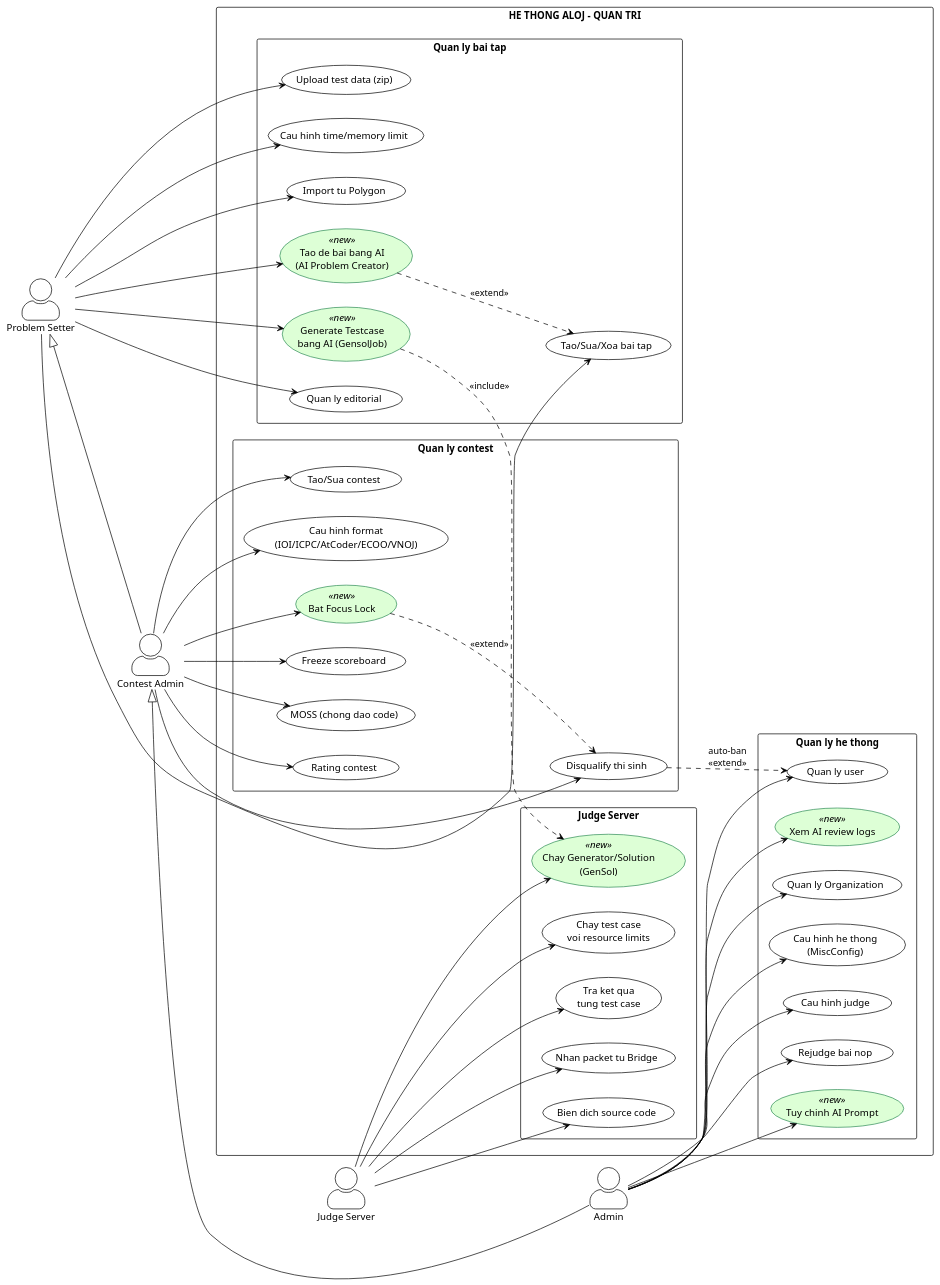
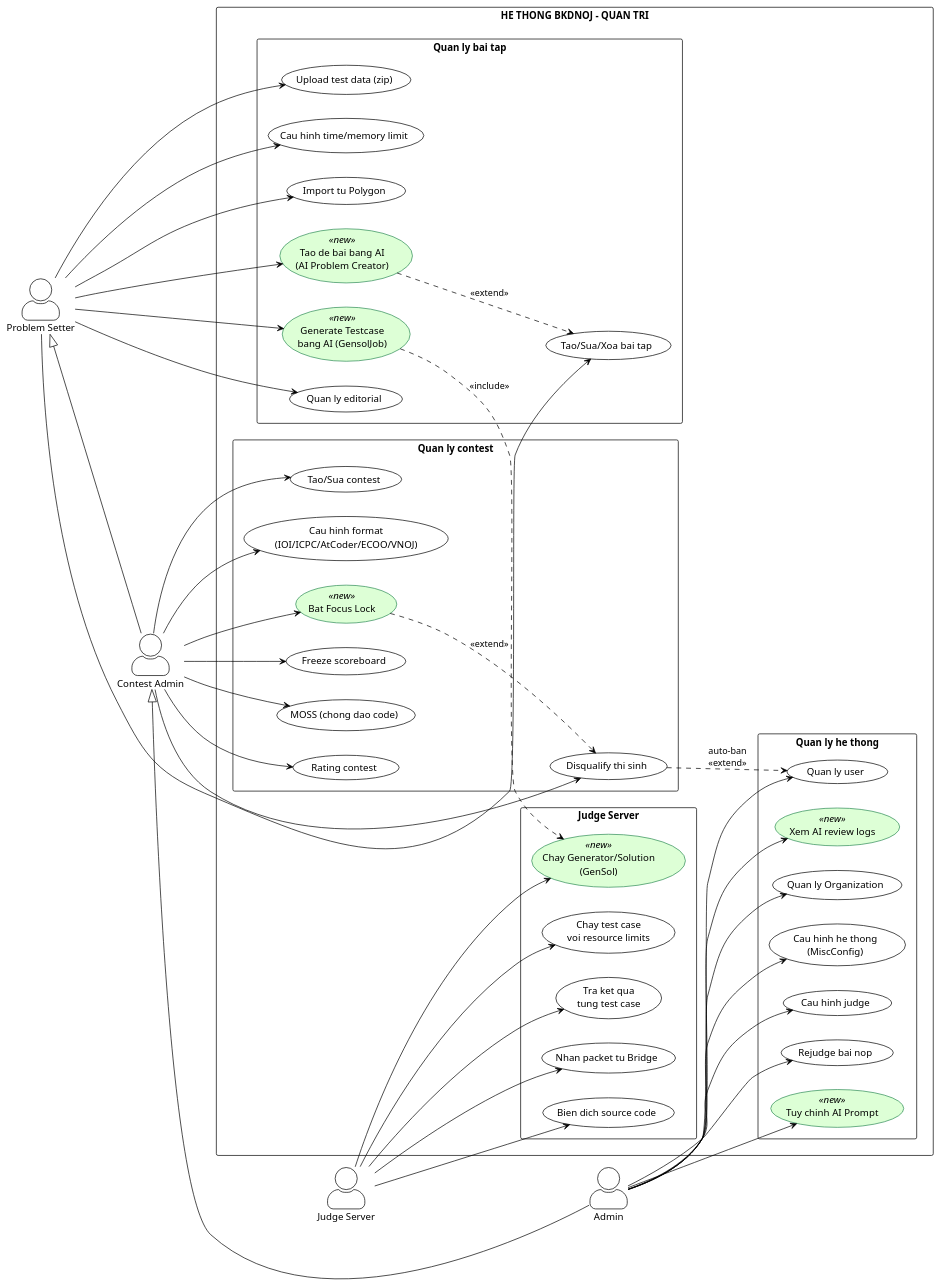
One commit to Algorit-loop/My-Online-Judge changed the diagram in document/gzx/02_usecase_admin.puml. Above: the diagram before and after it, drawn with PlantUML. The commit also changed 44 other files, not shown here.

```diff
--- a/document/gzx/02_usecase_admin.puml
+++ b/document/gzx/02_usecase_admin.puml
@@ -1,101 +1,101 @@
 @startuml UseCase_Admin
 !theme plain
 skinparam packageStyle rectangle
 skinparam actorStyle awesome
 skinparam usecase {
   BackgroundColor<<new>> #DDFFD6
   BorderColor<<new>> #2E8B57
 }
 
 left to right direction
 
 actor "Problem Setter" as Setter
 actor "Contest Admin" as ContAdmin
 actor "Admin" as Admin
 actor "Judge Server" as Judge
 
 Setter <|-- ContAdmin
 ContAdmin <|-- Admin
 
-rectangle "HE THONG ALOJ - QUAN TRI" {
+rectangle "HE THONG BKDNOJ - QUAN TRI" {
 
   package "Quan ly bai tap" {
     usecase "Tao/Sua/Xoa bai tap" as UC_ProbCRUD
     usecase "Upload test data (zip)" as UC_TestData
     usecase "Cau hinh time/memory limit" as UC_Limit
     usecase "Import tu Polygon" as UC_Polygon
     usecase "Tao de bai bang AI\n(AI Problem Creator)" as UC_AIProblem <<new>>
     usecase "Generate Testcase\nbang AI (GensolJob)" as UC_GenTest <<new>>
     usecase "Quan ly editorial" as UC_Editorial
   }
 
   package "Quan ly contest" {
     usecase "Tao/Sua contest" as UC_ContCRUD
     usecase "Cau hinh format\n(IOI/ICPC/AtCoder/ECOO/VNOJ)" as UC_Format
     usecase "Bat Focus Lock" as UC_FocusLock <<new>>
     usecase "Freeze scoreboard" as UC_Freeze
     usecase "MOSS (chong dao code)" as UC_MOSS
     usecase "Disqualify thi sinh" as UC_Disqual
     usecase "Rating contest" as UC_Rate
   }
 
   package "Quan ly he thong" {
     usecase "Quan ly user" as UC_UserMgmt
     usecase "Cau hinh judge" as UC_JudgeCfg
     usecase "Rejudge bai nop" as UC_Rejudge
     usecase "Tuy chinh AI Prompt" as UC_Prompt <<new>>
     usecase "Xem AI review logs" as UC_ReviewLog <<new>>
     usecase "Quan ly Organization" as UC_OrgMgmt
     usecase "Cau hinh he thong\n(MiscConfig)" as UC_Config
   }
 
   package "Judge Server" {
     usecase "Nhan packet tu Bridge" as UC_Recv
     usecase "Bien dich source code" as UC_Compile
     usecase "Chay test case\nvoi resource limits" as UC_Execute
     usecase "Tra ket qua\ntung test case" as UC_Return
     usecase "Chay Generator/Solution\n(GenSol)" as UC_GenSolExec <<new>>
   }
 }
 
 ' --- Setter ---
 Setter --> UC_ProbCRUD
 Setter --> UC_TestData
 Setter --> UC_Limit
 Setter --> UC_Polygon
 Setter --> UC_AIProblem
 Setter --> UC_GenTest
 Setter --> UC_Editorial
 
 ' --- Contest Admin ---
 ContAdmin --> UC_ContCRUD
 ContAdmin --> UC_Format
 ContAdmin --> UC_FocusLock
 ContAdmin --> UC_Freeze
 ContAdmin --> UC_MOSS
 ContAdmin --> UC_Disqual
 ContAdmin --> UC_Rate
 
 ' --- Admin ---
 Admin --> UC_UserMgmt
 Admin --> UC_JudgeCfg
 Admin --> UC_Rejudge
 Admin --> UC_Prompt
 Admin --> UC_ReviewLog
 Admin --> UC_OrgMgmt
 Admin --> UC_Config
 
 ' --- Judge Server ---
 Judge --> UC_Recv
 Judge --> UC_Compile
 Judge --> UC_Execute
 Judge --> UC_Return
 Judge --> UC_GenSolExec
 
 ' --- Relationships ---
 UC_FocusLock ..> UC_Disqual : <<extend>>
 UC_Disqual ..> UC_UserMgmt : "auto-ban\n<<extend>>"
 UC_GenTest ..> UC_GenSolExec : <<include>>
 UC_AIProblem ..> UC_ProbCRUD : <<extend>>
 
 @enduml
```
